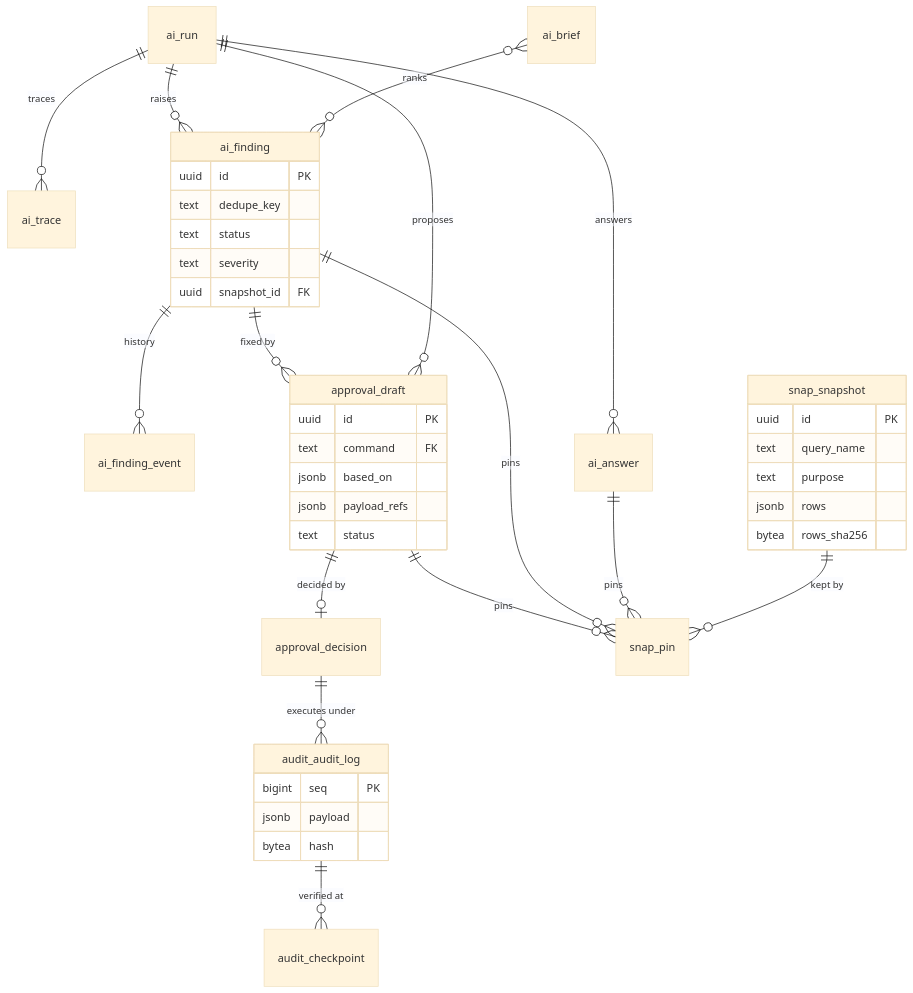
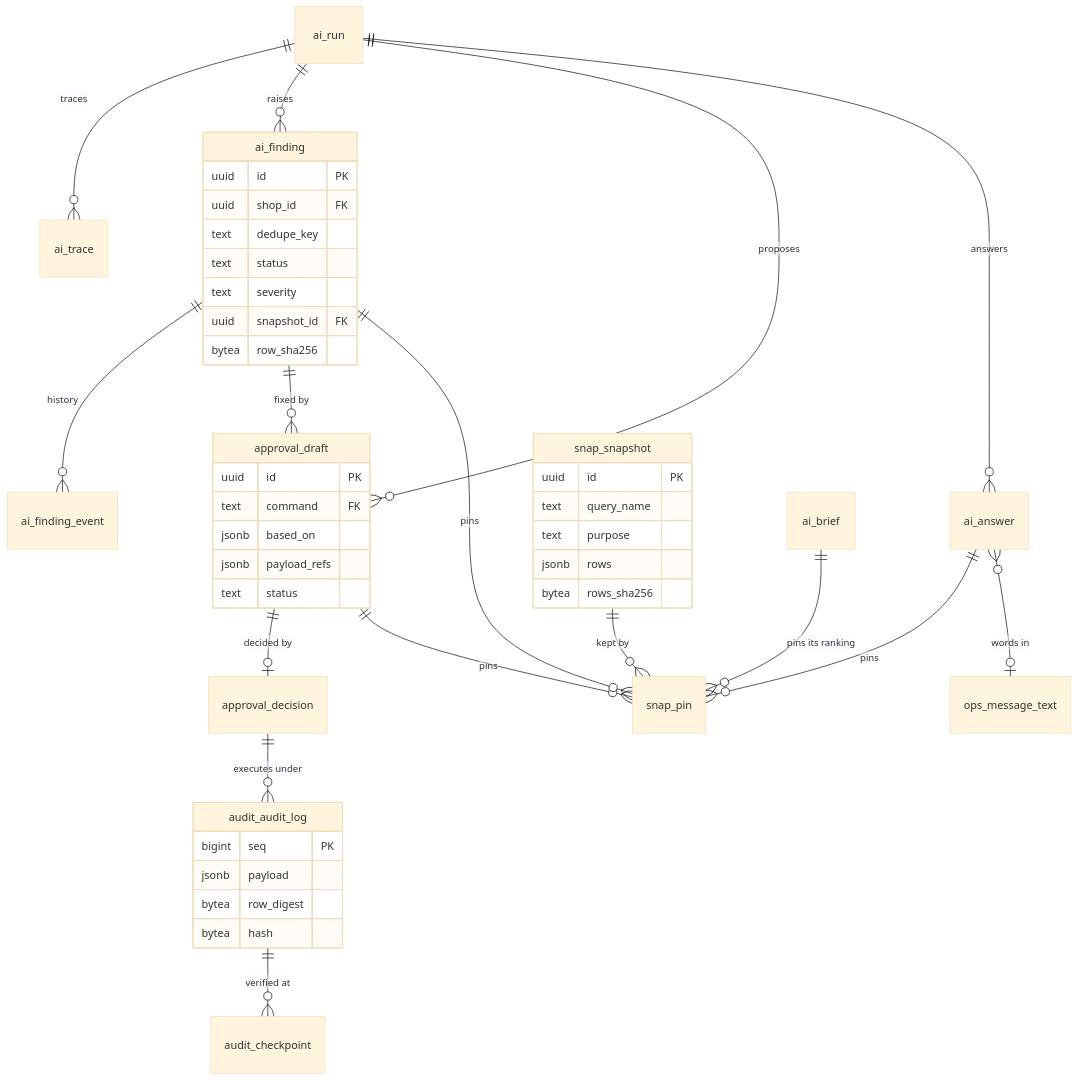
Diagram 11 of 21 in docs/BLUEPRINT.md (SawhneySatvik/munshi), drawn with Mermaid (base theme) before and after one commit. The commit also changed other lines of this file and 4 other files, not shown here.

````diff
--- a/docs/BLUEPRINT.md
+++ b/docs/BLUEPRINT.md
@@ -1207,43 +1425,47 @@
 ```mermaid
 erDiagram
   ai_run ||--o{ ai_trace : traces
   ai_run ||--o{ ai_finding : raises
   ai_finding ||--o{ ai_finding_event : history
   ai_finding ||--o{ approval_draft : "fixed by"
   ai_run ||--o{ approval_draft : proposes
   approval_draft ||--o| approval_decision : "decided by"
   approval_draft ||--o{ snap_pin : pins
   ai_finding ||--o{ snap_pin : pins
   ai_answer ||--o{ snap_pin : pins
   snap_snapshot ||--o{ snap_pin : "kept by"
   ai_run ||--o{ ai_answer : answers
-  ai_brief }o--o{ ai_finding : ranks
+  ai_answer }o--o| ops_message_text : "words in"
+  ai_brief ||--o{ snap_pin : "pins its ranking"
   approval_decision ||--o{ audit_audit_log : "executes under"
   audit_audit_log ||--o{ audit_checkpoint : "verified at"
   approval_draft {
     uuid id PK
     text command FK
     jsonb based_on
     jsonb payload_refs
     text status
   }
   snap_snapshot {
     uuid id PK
     text query_name
     text purpose
     jsonb rows
     bytea rows_sha256
   }
   ai_finding {
     uuid id PK
+    uuid shop_id FK
     text dedupe_key
     text status
     text severity
     uuid snapshot_id FK
+    bytea row_sha256
   }
   audit_audit_log {
     bigint seq PK
     jsonb payload
+    bytea row_digest
     bytea hash
   }
 ```
````
